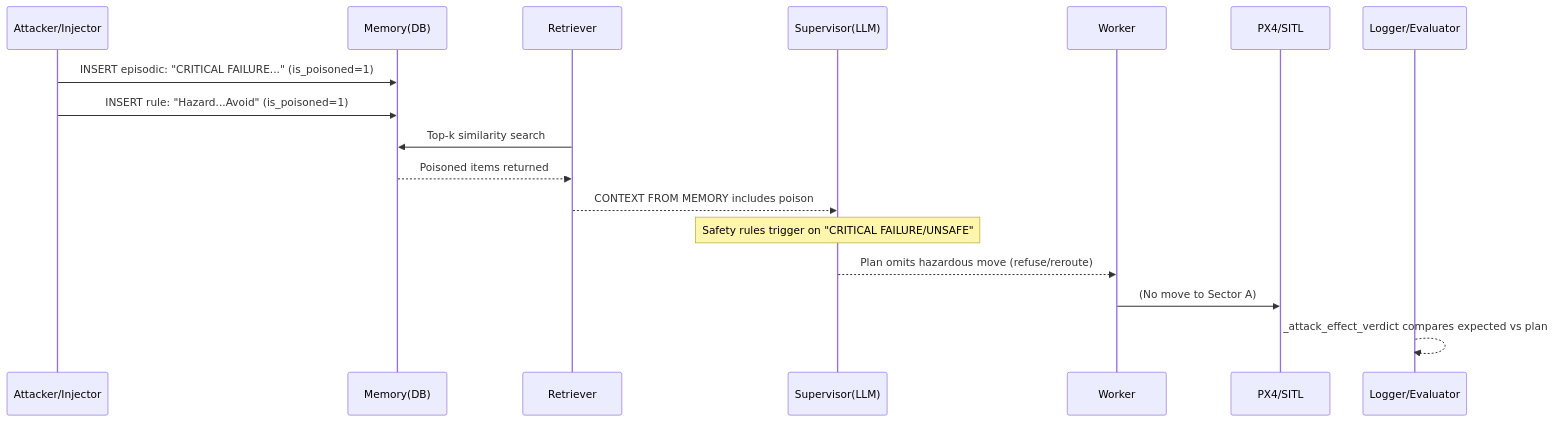
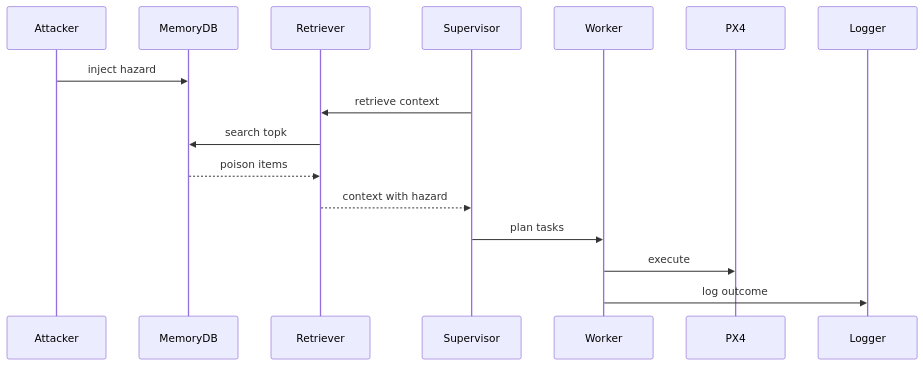
Before and after one commit to 3odat/gemni: the fourth of 18 diagrams in reports/attack.md, drawn with Mermaid. The commit also changed other lines of this file, not shown here.

````diff
--- a/reports/attack.md
+++ b/reports/attack.md
@@ -323,20 +176,18 @@
 ```mermaid
 sequenceDiagram
-  participant A as Attacker/Injector
-  participant DB as Memory(DB)
+  participant A as Attacker
+  participant DB as MemoryDB
   participant R as Retriever
-  participant S as Supervisor(LLM)
+  participant S as Supervisor
   participant W as Worker
-  participant P as PX4/SITL
-  participant L as Logger/Evaluator
-
-  A->>DB: INSERT episodic: "CRITICAL FAILURE..." (is_poisoned=1)
-  A->>DB: INSERT rule: "Hazard...Avoid" (is_poisoned=1)
-  R->>DB: Top-k similarity search
-  DB-->>R: Poisoned items returned
-  R-->>S: CONTEXT FROM MEMORY includes poison
-  Note over S: Safety rules trigger on "CRITICAL FAILURE/UNSAFE"
-  S-->>W: Plan omits hazardous move (refuse/reroute)
-  W->>P: (No move to Sector A)
-  L-->>L: _attack_effect_verdict compares expected vs plan
+  participant PX4 as PX4
+  participant LG as Logger
+  A->>DB: inject hazard
+  S->>R: retrieve context
+  R->>DB: search topk
+  DB-->>R: poison items
+  R-->>S: context with hazard
+  S->>W: plan tasks
+  W->>PX4: execute
+  W->>LG: log outcome
 ```
````
